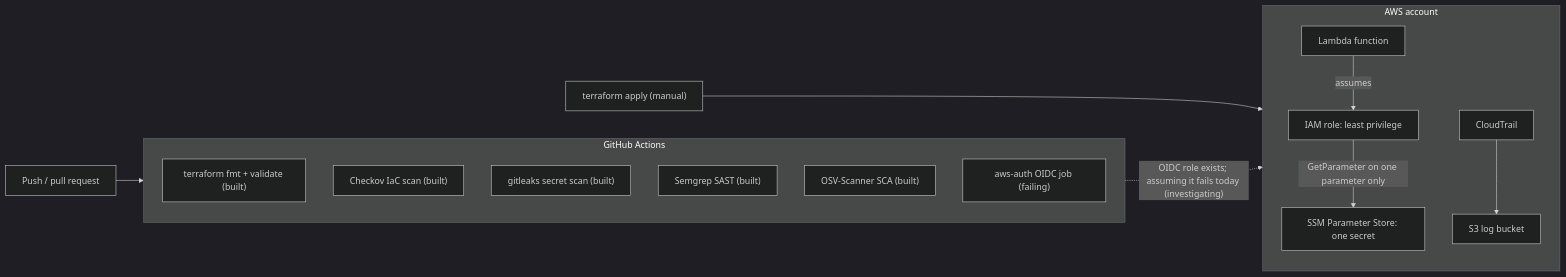
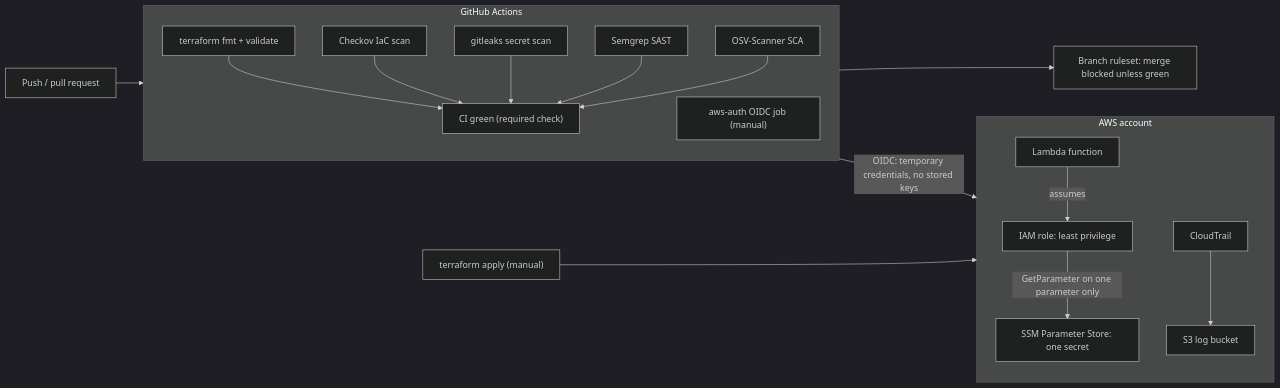
One commit to usman9856/cloud-security-pipeline changed the diagram in README.md. Above: the diagram before and after it, drawn with Mermaid (dark theme). The commit also changed other lines of this file and 8 other files, not shown here.

Commit message:
[docs]: final README, diagrams, remove OIDC debug steps

````diff
--- a/README.md
+++ b/README.md
@@ -49,21 +31,28 @@
 ```mermaid
 flowchart LR
     dev["Push / pull request"] --> gha
     subgraph gha["GitHub Actions"]
         direction TB
-        s1["terraform fmt + validate (built)"]
-        s2["Checkov IaC scan (built)"]
-        s3["gitleaks secret scan (built)"]
-        s4["Semgrep SAST (built)"]
-        s5["OSV-Scanner SCA (built)"]
-        s6["aws-auth OIDC job (failing)"]
+        s1["terraform fmt + validate"]
+        s2["Checkov IaC scan"]
+        s3["gitleaks secret scan"]
+        s4["Semgrep SAST"]
+        s5["OSV-Scanner SCA"]
+        gate["CI green (required check)"]
+        s6["aws-auth OIDC job (manual)"]
+        s1 --> gate
+        s2 --> gate
+        s3 --> gate
+        s4 --> gate
+        s5 --> gate
     end
-    s6 -. "OIDC role exists; assuming it fails today (investigating)" .-> aws
+    gate --> rule["Branch ruleset: merge blocked unless green"]
+    s6 -- "OIDC: temporary credentials, no stored keys" --> aws
     manual["terraform apply (manual)"] --> aws
     subgraph aws["AWS account"]
         direction TB
         fn["Lambda function"] -- "assumes" --> role["IAM role: least privilege"]
         role -- "GetParameter on one parameter only" --> ssm["SSM Parameter Store: one secret"]
         trail["CloudTrail"] --> bucket["S3 log bucket"]
     end
 ```
````
